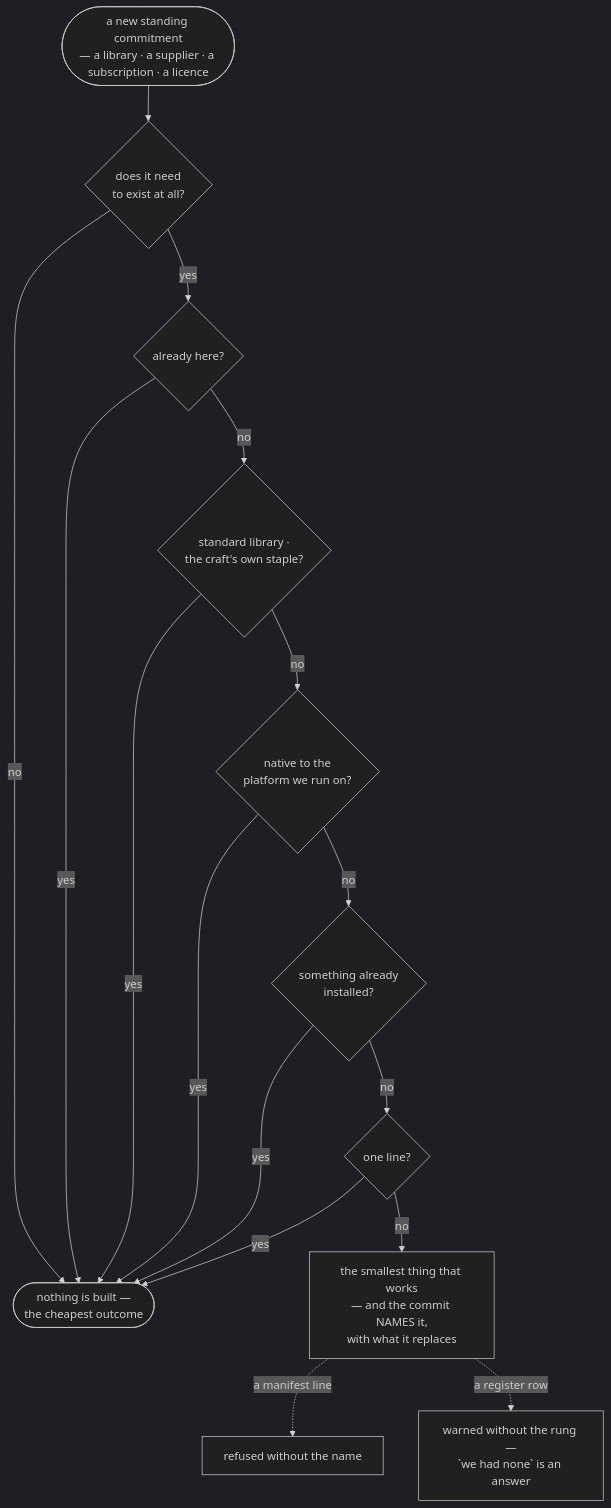
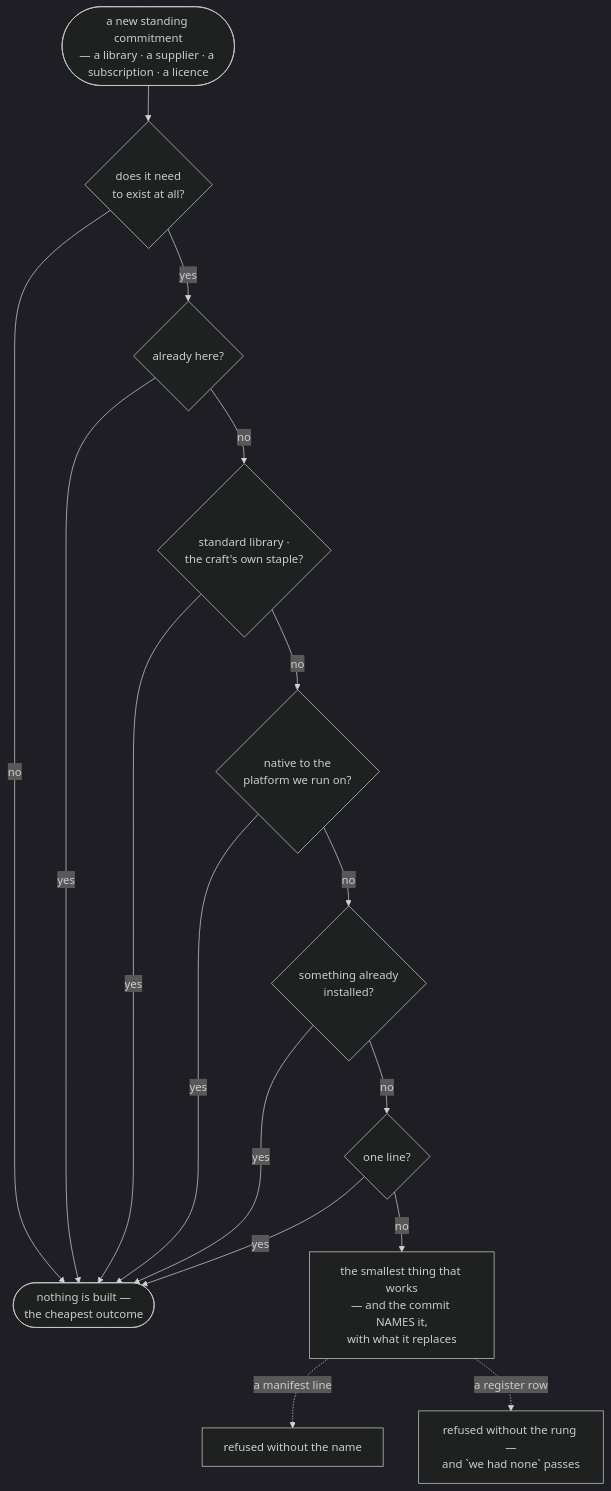
One commit to jamillazarev/opsinist changed the diagram in choosing-tools.md. Above: the diagram before and after it, drawn with Mermaid (dark theme). The commit also changed 2 other files, not shown here.

Commit message:
the diagram said warned where the gate refuses, and the rung had no fact
Three gaps in one capability's showcase, all from the same cause: the rung
was measured after it was documented, the measurement changed it from a
warning to a refusal, and nothing downstream followed.

- the tool-choosing diagram still ended `warned without the rung`
- facts.md had no line for the rung at all, so the trio was two-thirds
- the scenario told its grader the measurement was whether the question
  got answered, not whether the run was stopped — it would now pass a run
  that ignored a refusal

A measurement that changes behaviour has to walk the whole trio, and this
one walked none of it.

````diff
--- a/choosing-tools.md
+++ b/choosing-tools.md
@@ -56,14 +56,14 @@
 ```mermaid
 flowchart TB
   Q(["a new standing commitment<br/>— a library · a supplier · a subscription · a licence"])
   Q --> A{"does it need<br/>to exist at all?"}
   A -->|no| X(["nothing is built —<br/>the cheapest outcome"])
   A -->|yes| B{"already here?"} -->|yes| X
   B -->|no| C{"standard library ·<br/>the craft's own staple?"} -->|yes| X
   C -->|no| D{"native to the<br/>platform we run on?"} -->|yes| X
   D -->|no| E{"something already<br/>installed?"} -->|yes| X
   E -->|no| F{"one line?"} -->|yes| X
   F -->|no| G["the smallest thing that works<br/>— and the commit NAMES it,<br/>with what it replaces"]
   G -.->|"a manifest line"| S["refused without the name"]
-  G -.->|"a register row"| W["warned without the rung —<br/>`we had none` is an answer"]
+  G -.->|"a register row"| W["refused without the rung —<br/>and `we had none` passes"]
 ```
````
